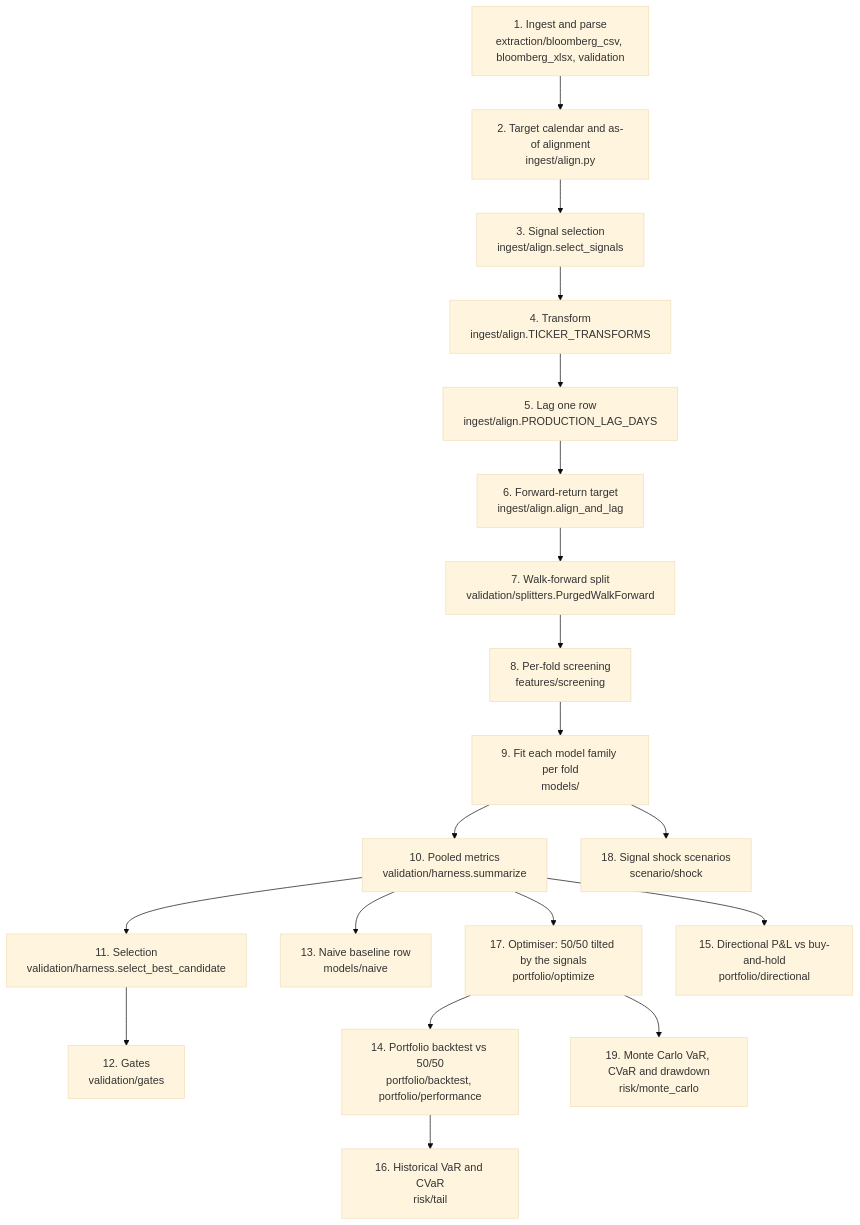
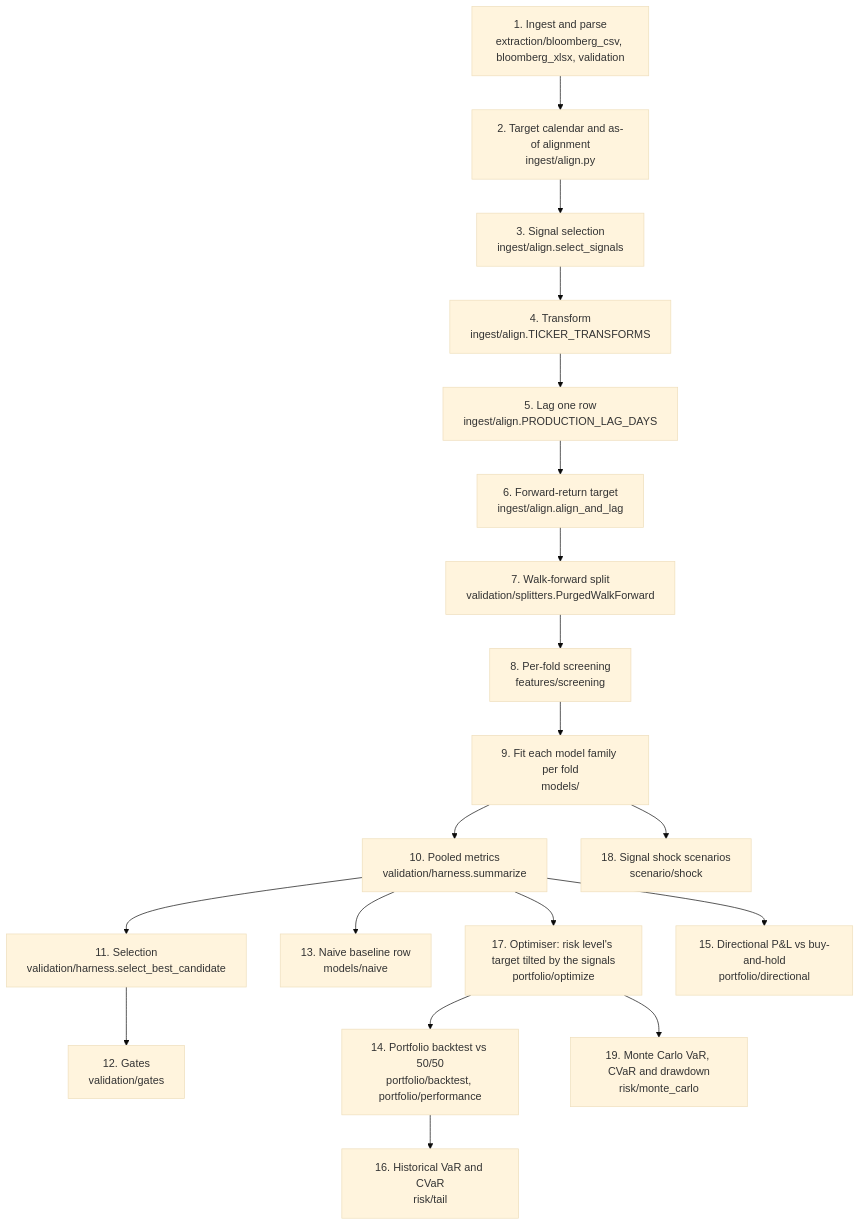
Before and after one commit to QuekKangSheng/forecasting-engine: the diagram in docs/methodology.md, drawn with Mermaid (base theme). The commit also changed other lines of this file and 8 other files, not shown here.

````diff
--- a/docs/methodology.md
+++ b/docs/methodology.md
@@ -14,23 +14,23 @@
 ```mermaid
 flowchart TD
     A["1. Ingest and parse<br/>extraction/bloomberg_csv, bloomberg_xlsx, validation"] --> B
     B["2. Target calendar and as-of alignment<br/>ingest/align.py"] --> C
     C["3. Signal selection<br/>ingest/align.select_signals"] --> D
     D["4. Transform<br/>ingest/align.TICKER_TRANSFORMS"] --> E
     E["5. Lag one row<br/>ingest/align.PRODUCTION_LAG_DAYS"] --> F
     F["6. Forward-return target<br/>ingest/align.align_and_lag"] --> G
     G["7. Walk-forward split<br/>validation/splitters.PurgedWalkForward"] --> H
     H["8. Per-fold screening<br/>features/screening"] --> I
     I["9. Fit each model family per fold<br/>models/"] --> J
     J["10. Pooled metrics<br/>validation/harness.summarize"] --> K
     K["11. Selection<br/>validation/harness.select_best_candidate"] --> L
     L["12. Gates<br/>validation/gates"]
     J --> M["13. Naive baseline row<br/>models/naive"]
-    J --> Q["17. Optimiser: 50/50 tilted by the signals<br/>portfolio/optimize"]
+    J --> Q["17. Optimiser: risk level's target tilted by the signals<br/>portfolio/optimize"]
     Q --> N["14. Portfolio backtest vs 50/50<br/>portfolio/backtest, portfolio/performance"]
     N --> P
     J --> O["15. Directional P&L vs buy-and-hold<br/>portfolio/directional"]
     P["16. Historical VaR and CVaR<br/>risk/tail"]
     I --> S["18. Signal shock scenarios<br/>scenario/shock"]
     Q --> R["19. Monte Carlo VaR, CVaR and drawdown<br/>risk/monte_carlo"]
 ```
````
